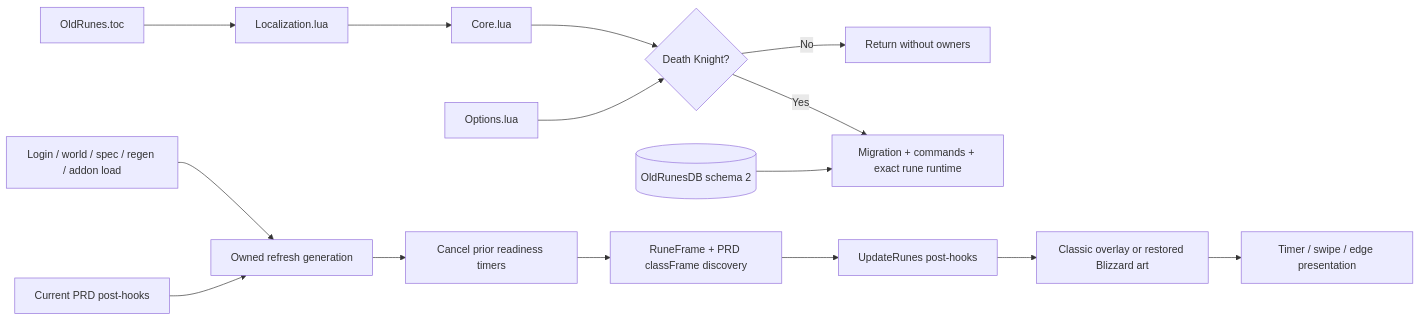
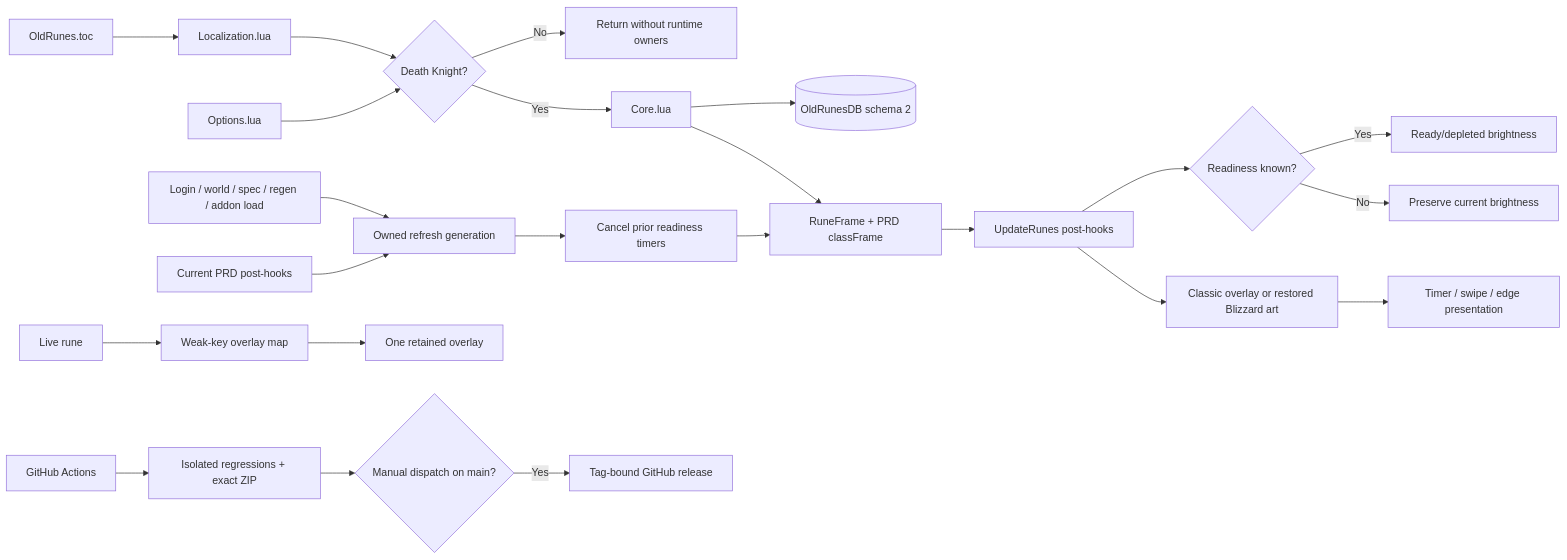
The diagram in CODE_GRAPH.md (UnknownAlienHuman/old-runes), drawn with Mermaid before and after one commit. The commit also changed 10 other files, not shown here.

First line of the commit message:
Harden rune readiness, overlay ownership and release validation

````diff
--- a/CODE_GRAPH.md
+++ b/CODE_GRAPH.md
@@ -3,19 +3,29 @@
 ```mermaid
 flowchart LR
   TOC[OldRunes.toc] --> Locale[Localization.lua]
-  Locale --> Core[Core.lua]
-  Core --> Gate{Death Knight?}
-  Gate -->|No| Stop[Return without owners]
-  Gate -->|Yes| Runtime[Migration + commands + exact rune runtime]
+  Locale --> Gate{Death Knight?}
+  Gate -->|No| Stop[Return without runtime owners]
+  Gate -->|Yes| Core[Core.lua]
   Options[Options.lua] --> Gate
 
-  Events[Login / world / spec / regen / addon load] --> Burst[Owned refresh generation]
-  PRD[Current PRD post-hooks] --> Burst
-  Burst --> Cancel[Cancel prior readiness timers]
-  Cancel --> Discover[RuneFrame + PRD classFrame discovery]
+  Core --> DB[(OldRunesDB schema 2)]
+  Core --> Discover[RuneFrame + PRD classFrame]
   Discover --> Hooks[UpdateRunes post-hooks]
+  Hooks --> Ready{Readiness known?}
+  Ready -->|Yes| Brightness[Ready/depleted brightness]
+  Ready -->|No| Preserve[Preserve current brightness]
   Hooks --> Render[Classic overlay or restored Blizzard art]
   Render --> Cooldown[Timer / swipe / edge presentation]
 
-  DB[(OldRunesDB schema 2)] --> Runtime
+  Events[Login / world / spec / regen / addon load] --> Generation[Owned refresh generation]
+  PRD[Current PRD post-hooks] --> Generation
+  Generation --> Cancel[Cancel prior readiness timers]
+  Cancel --> Discover
+
+  Rune[Live rune] --> WeakKey[Weak-key overlay map]
+  WeakKey --> Overlay[One retained overlay]
+
+  Workflow[GitHub Actions] --> Validate[Isolated regressions + exact ZIP]
+  Validate --> MainGate{Manual dispatch on main?}
+  MainGate -->|Yes| Release[Tag-bound GitHub release]
 ```
````
